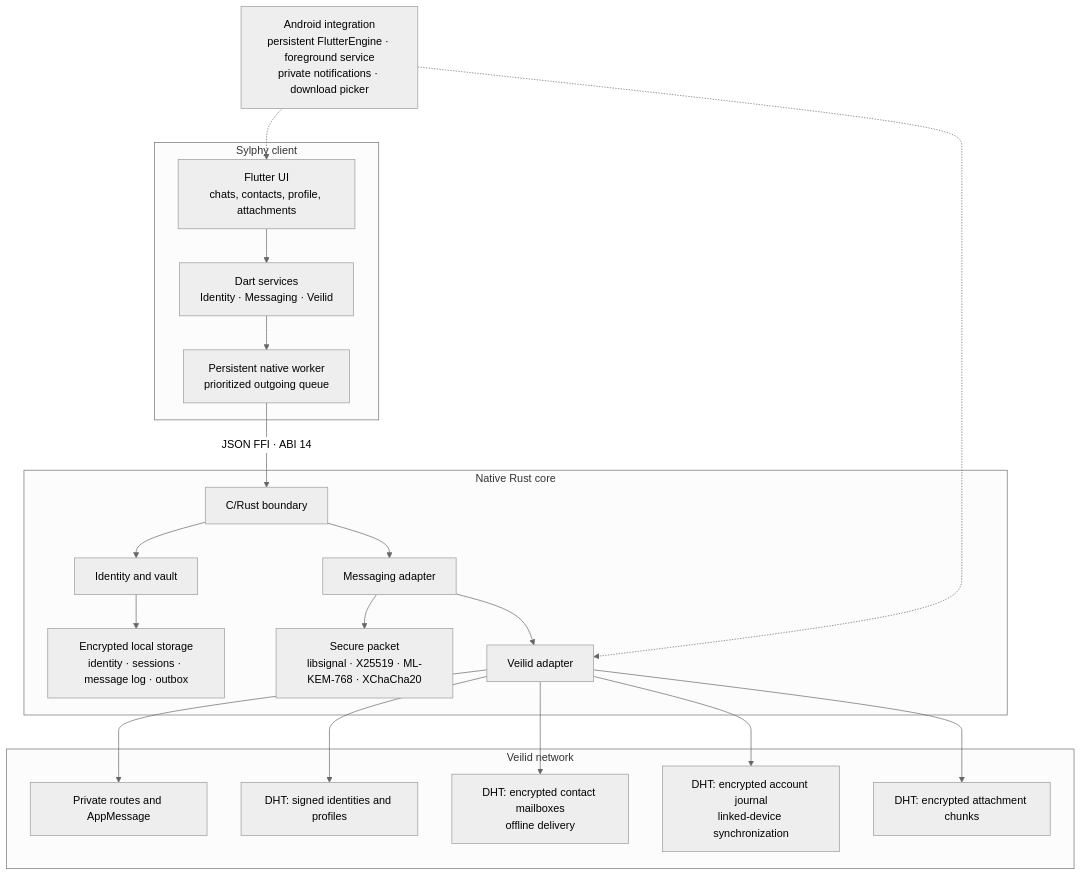
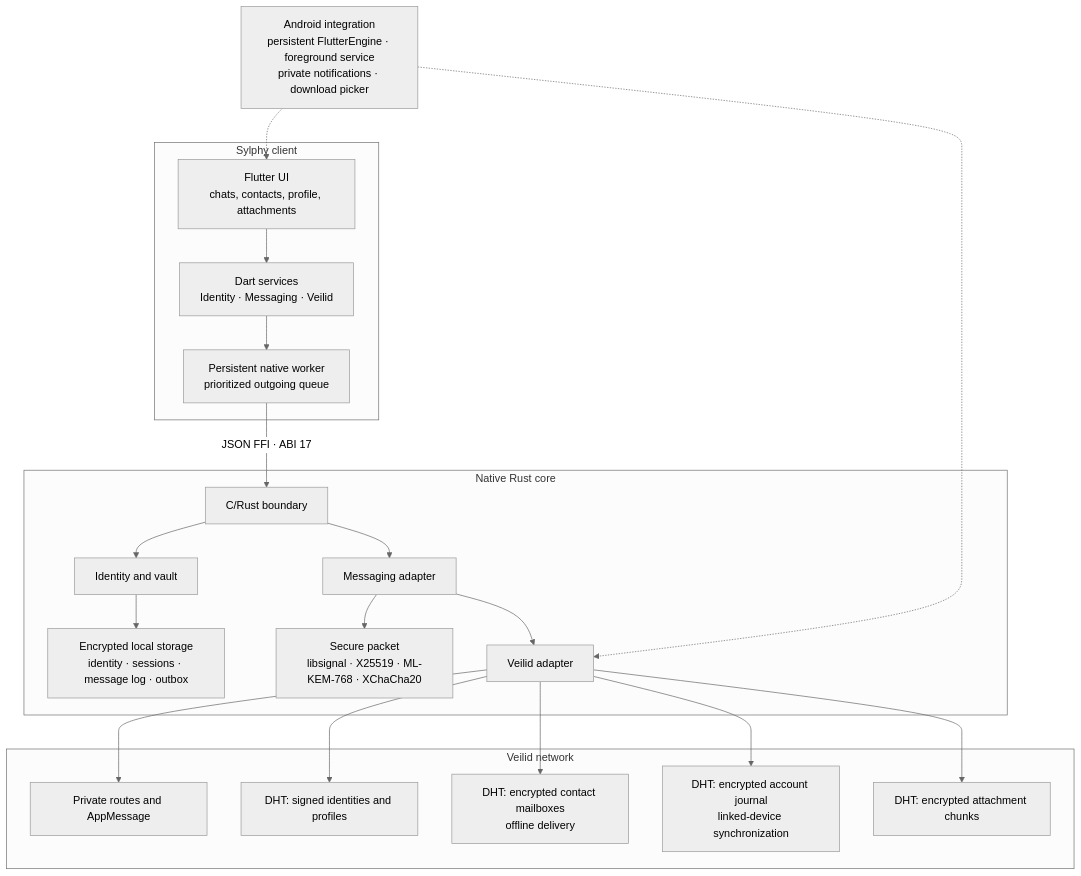
Before and after one commit to ImHisako/Sylphy: the diagram in README.md, drawn with Mermaid (neutral theme). The commit also changed other lines of this file and 63 other files, not shown here.

````diff
--- a/README.md
+++ b/README.md
@@ -109,31 +111,31 @@
 ```mermaid
 flowchart TB
     subgraph Client["Sylphy client"]
         UI["Flutter UI\nchats, contacts, profile, attachments"]
         DS["Dart services\nIdentity · Messaging · Veilid"]
         BG["Persistent native worker\nprioritized outgoing queue"]
         UI --> DS --> BG
     end
 
-    BG -->|"JSON FFI · ABI 14"| FFI["C/Rust boundary"]
+    BG -->|"JSON FFI · ABI 17"| FFI["C/Rust boundary"]
 
     subgraph Core["Native Rust core"]
         FFI --> ID["Identity and vault"]
         FFI --> MSG["Messaging adapter"]
         MSG --> CRYPTO["Secure packet\nlibsignal · X25519 · ML-KEM-768 · XChaCha20"]
         MSG --> VA["Veilid adapter"]
         ID --> LOCAL["Encrypted local storage\nidentity · sessions · message log · outbox"]
     end
 
     subgraph Network["Veilid network"]
         VA --> ROUTE["Private routes and AppMessage"]
         VA --> DHTID["DHT: signed identities and profiles"]
         VA --> PEERMAIL["DHT: encrypted contact mailboxes\noffline delivery"]
         VA --> MAIL["DHT: encrypted account journal\nlinked-device synchronization"]
         VA --> FILES["DHT: encrypted attachment chunks"]
     end
 
     ANDROID["Android integration\npersistent FlutterEngine · foreground service\nprivate notifications · download picker"]
     ANDROID -.-> UI
     ANDROID -.-> VA
 ```
````
